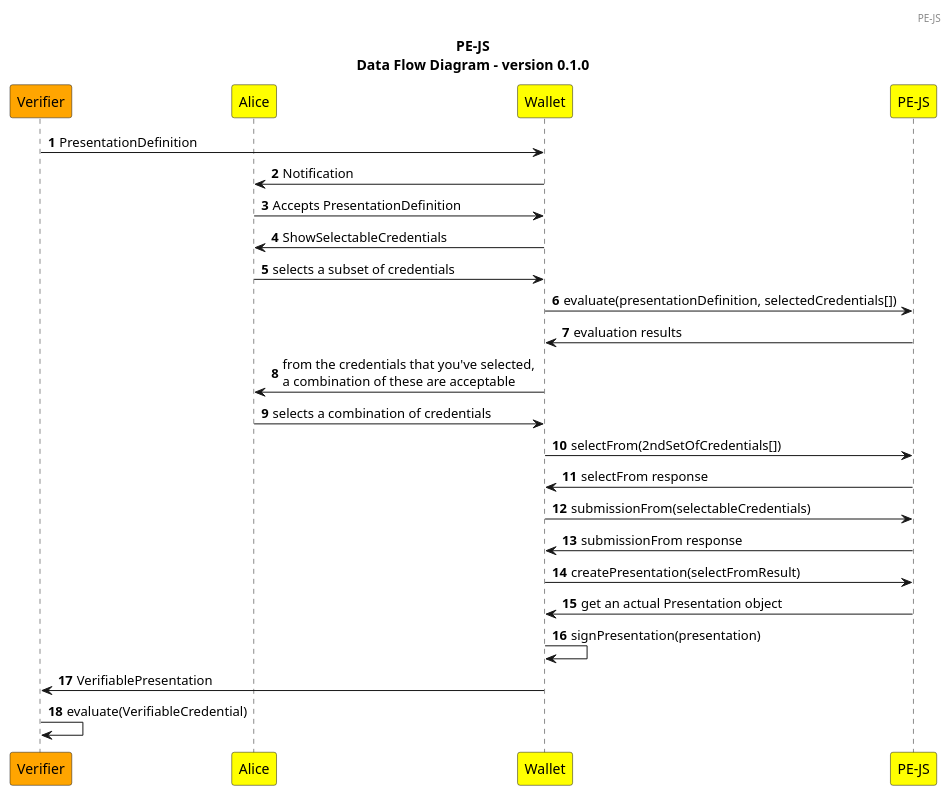
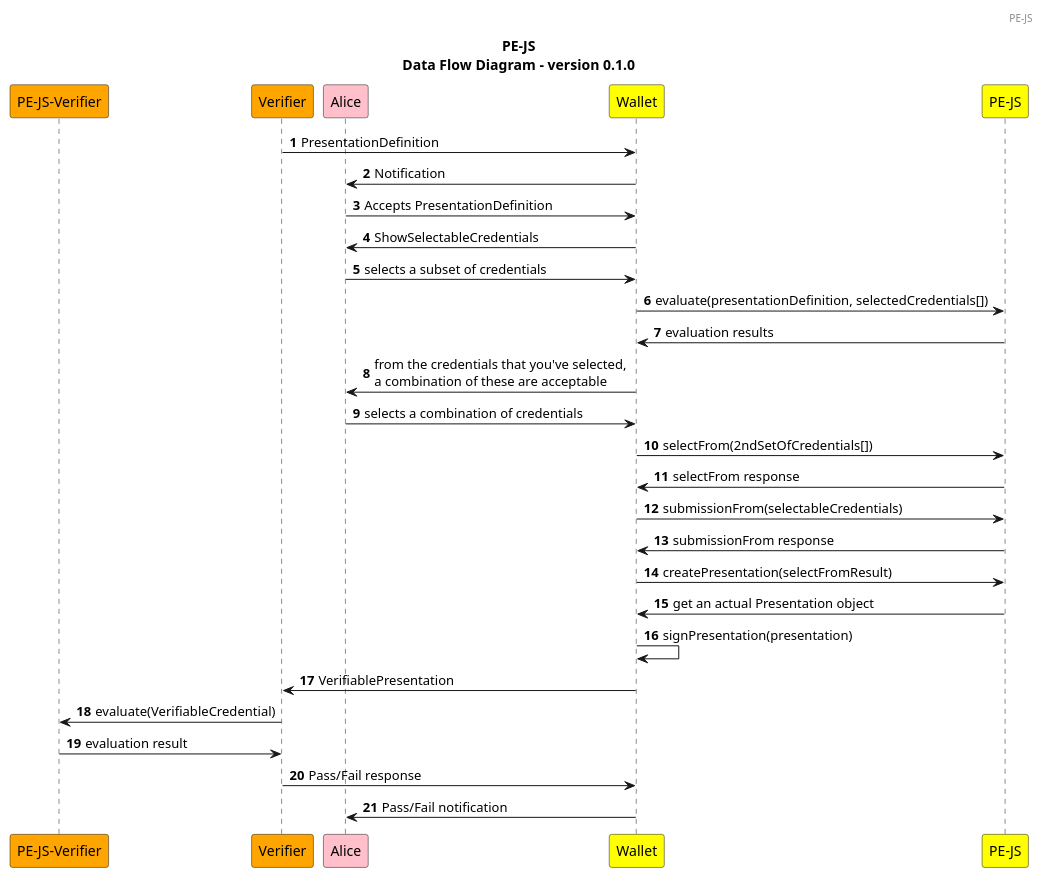
One commit to Sphereon-Opensource/PEX changed the diagram in docs/simple-scenario.puml. Above: the diagram before and after it, drawn with PlantUML.

Commit message:
ESSIFI-143: some steps added to the flow

```diff
--- a/docs/simple-scenario.puml
+++ b/docs/simple-scenario.puml
@@ -1,39 +1,43 @@
 @startuml
 
 header PE-JS
 
 title
 PE-JS
 Data Flow Diagram - version 0.1.0
 end title
 
 
 autonumber
 
-participant "Verifier" as V order 0 #ORANGE
-participant "Alice" as A order 1 #YELLOW
-participant "Wallet" as W order 2 #YELLOW
-participant "PE-JS" as PE order 3 #YELLOW
+participant "PE-JS-Verifier" as PE2 order 0 #ORANGE
+participant "Verifier" as V order 1 #ORANGE
+participant "Alice" as A order 2 #PINK
+participant "Wallet" as W order 3 #YELLOW
+participant "PE-JS" as PE order 4 #YELLOW
 
 V -> W: PresentationDefinition
 W -> A: Notification
 A -> W: Accepts PresentationDefinition
 W -> A: ShowSelectableCredentials
 A -> W: selects a subset of credentials
 W -> PE: evaluate(presentationDefinition, selectedCredentials[])
 PE -> W: evaluation results
 W -> A: from the credentials that you've selected, \na combination of these are acceptable
 A -> W: selects a combination of credentials
 W -> PE: selectFrom(2ndSetOfCredentials[])
 PE -> W: selectFrom response
 W -> PE: submissionFrom(selectableCredentials)
 PE -> W: submissionFrom response
 
 W -> PE: createPresentation(selectFromResult)
 PE -> W: get an actual Presentation object
 W -> W: signPresentation(presentation)
 
 W -> V: VerifiablePresentation
 
-V -> V: evaluate(VerifiableCredential)
+V -> PE2: evaluate(VerifiableCredential)
+PE2 -> V: evaluation result
+V -> W: Pass/Fail response
+W -> A: Pass/Fail notification
 @enduml
```
